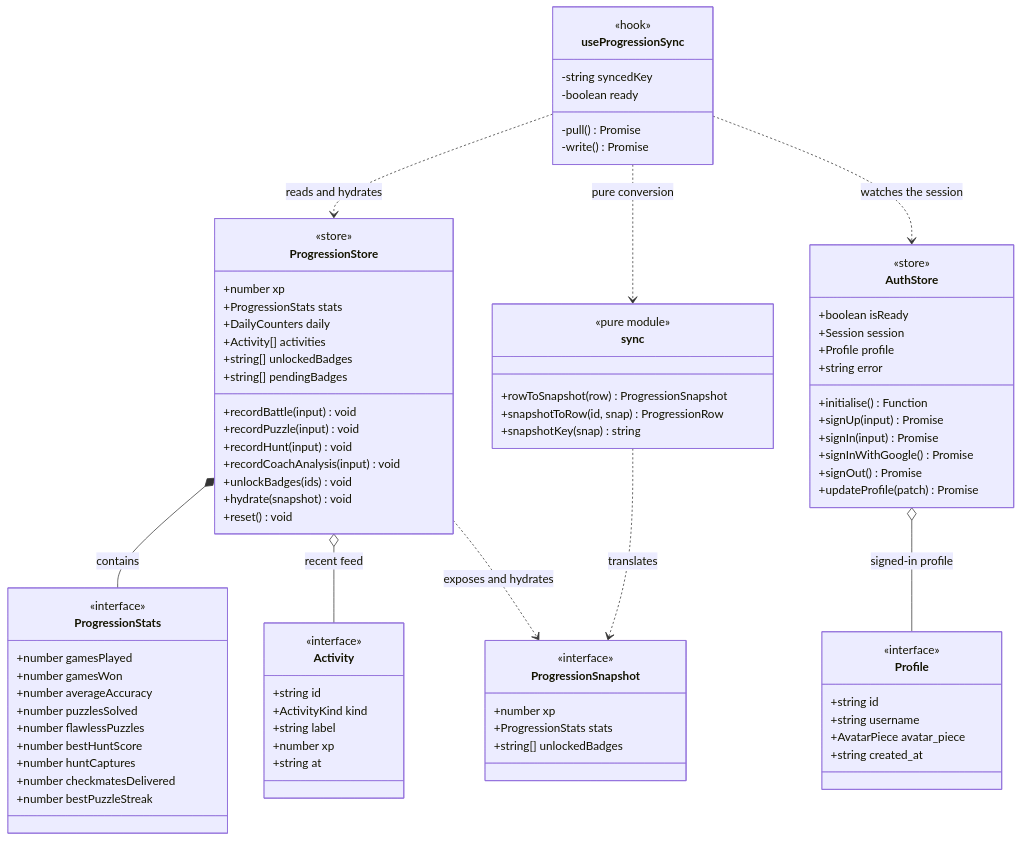
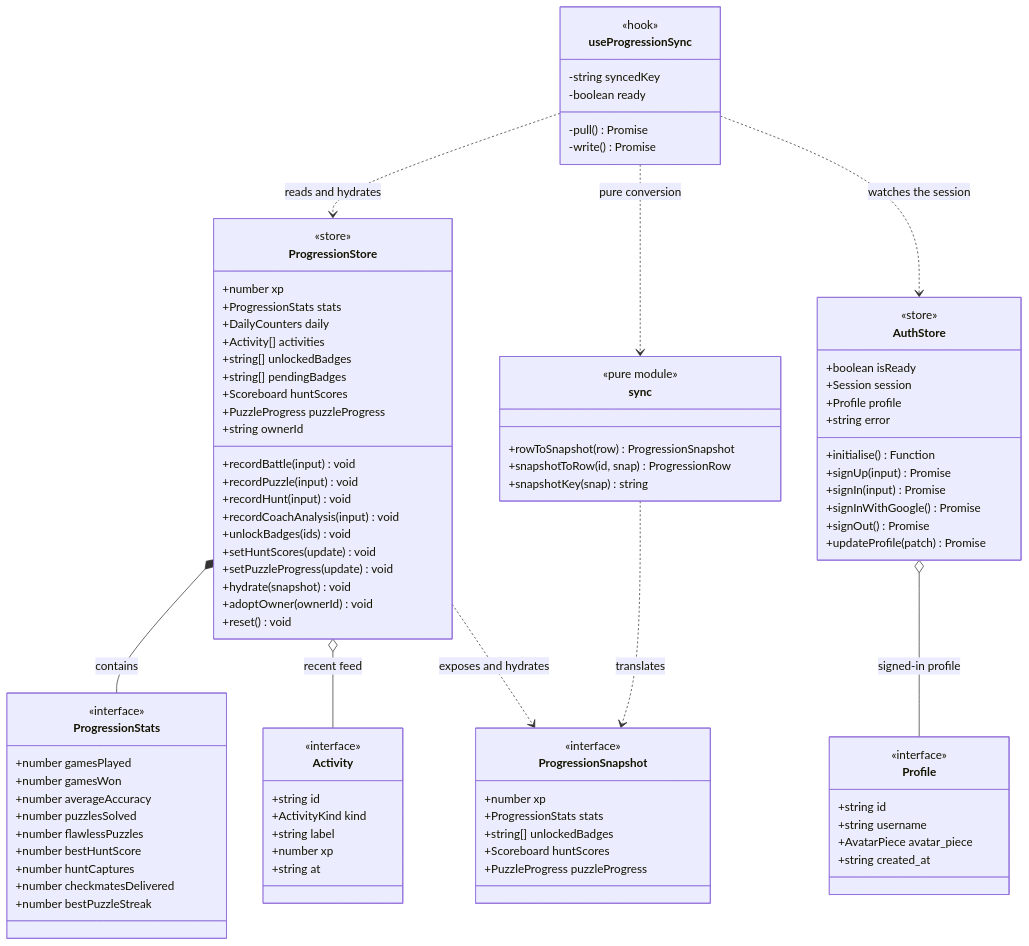
Before and after one commit to Amayyas/ChessTrainer: the third of 4 diagrams in docs/architecture.md, drawn with Mermaid. The commit also changed other lines of this file and 3 other files, not shown here.

```diff
--- a/docs/architecture.md
+++ b/docs/architecture.md
@@ -254,12 +259,18 @@
         +Activity[] activities
         +string[] unlockedBadges
         +string[] pendingBadges
+        +Scoreboard huntScores
+        +PuzzleProgress puzzleProgress
+        +string ownerId
         +recordBattle(input) void
         +recordPuzzle(input) void
         +recordHunt(input) void
         +recordCoachAnalysis(input) void
         +unlockBadges(ids) void
+        +setHuntScores(update) void
+        +setPuzzleProgress(update) void
         +hydrate(snapshot) void
+        +adoptOwner(ownerId) void
         +reset() void
     }
 
@@ -290,6 +301,8 @@
         +number xp
         +ProgressionStats stats
         +string[] unlockedBadges
+        +Scoreboard huntScores
+        +PuzzleProgress puzzleProgress
     }
 
     class AuthStore {
```
